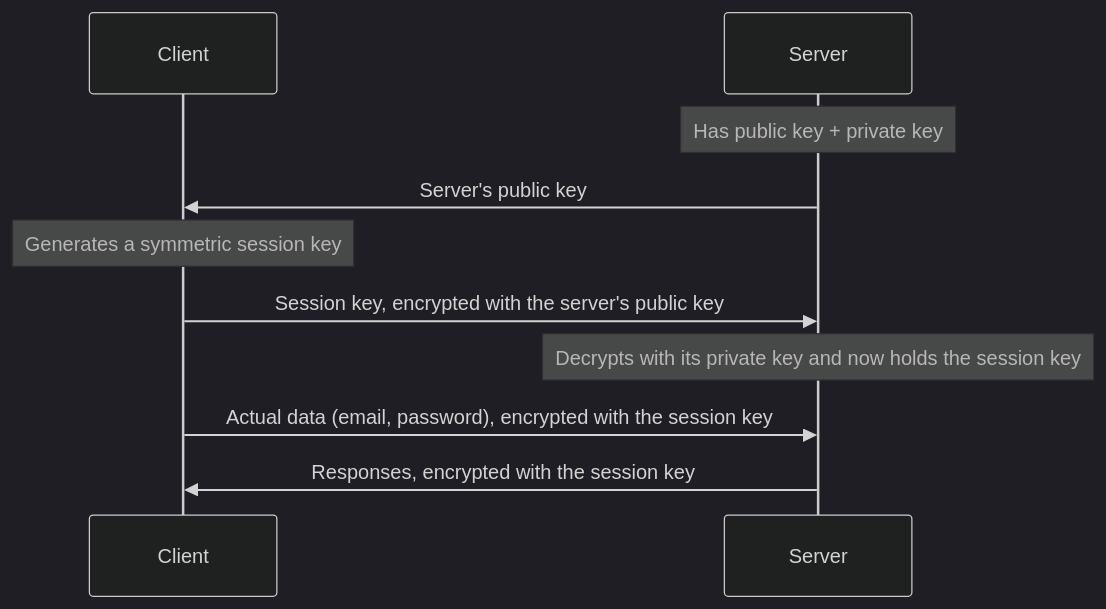
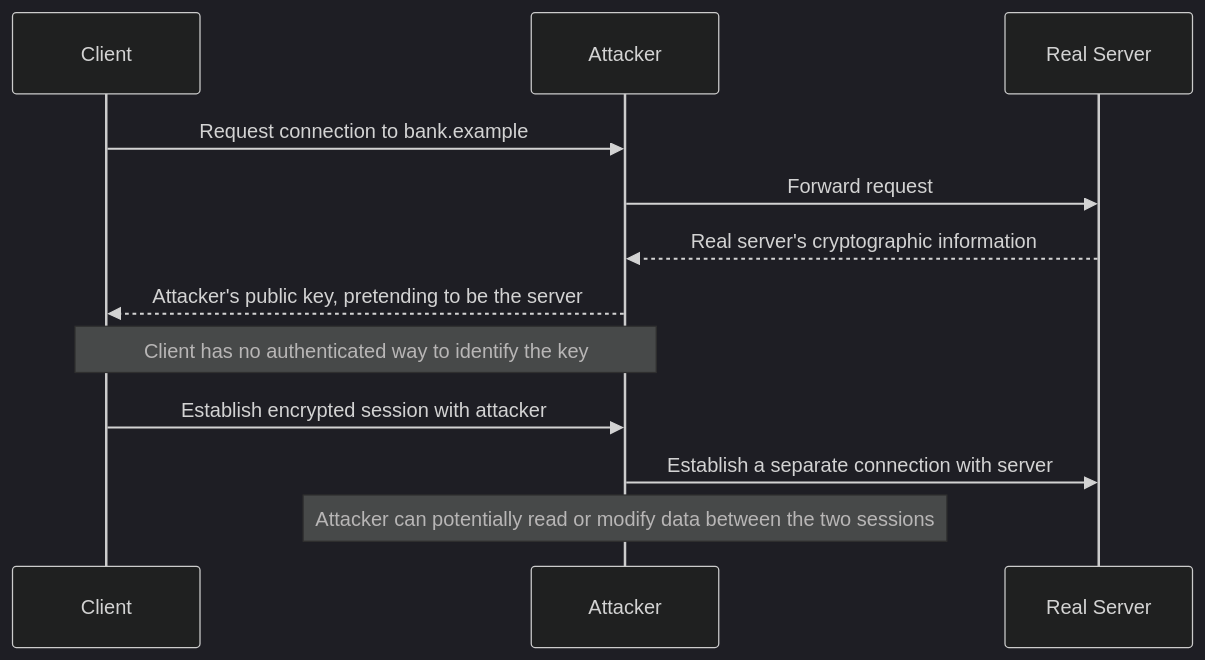
Before and after one commit to HARRISAMIN432/system-design-hld: the seventh of 13 diagrams in 13_How_HTTPs_Works/README.md, drawn with Mermaid (dark theme). The commit also changed other lines of this file and 11 other files, not shown here.

````diff
--- a/13_How_HTTPs_Works/README.md
+++ b/13_How_HTTPs_Works/README.md
@@ -103,12 +382,15 @@
 ```mermaid
 sequenceDiagram
     participant C as Client
-    participant S as Server
-    Note over S: Has public key + private key
-    S->>C: Server's public key
-    Note over C: Generates a symmetric session key
-    C->>S: Session key, encrypted with the server's public key
-    Note over S: Decrypts with its private key and now holds the session key
-    C->>S: Actual data (email, password), encrypted with the session key
-    S->>C: Responses, encrypted with the session key
+    participant A as Attacker
+    participant S as Real Server
+
+    C->>A: Request connection to bank.example
+    A->>S: Forward request
+    S-->>A: Real server's cryptographic information
+    A-->>C: Attacker's public key, pretending to be the server
+    Note over C,A: Client has no authenticated way to identify the key
+    C->>A: Establish encrypted session with attacker
+    A->>S: Establish a separate connection with server
+    Note over A: Attacker can potentially read or modify data between the two sessions
 ```
````
